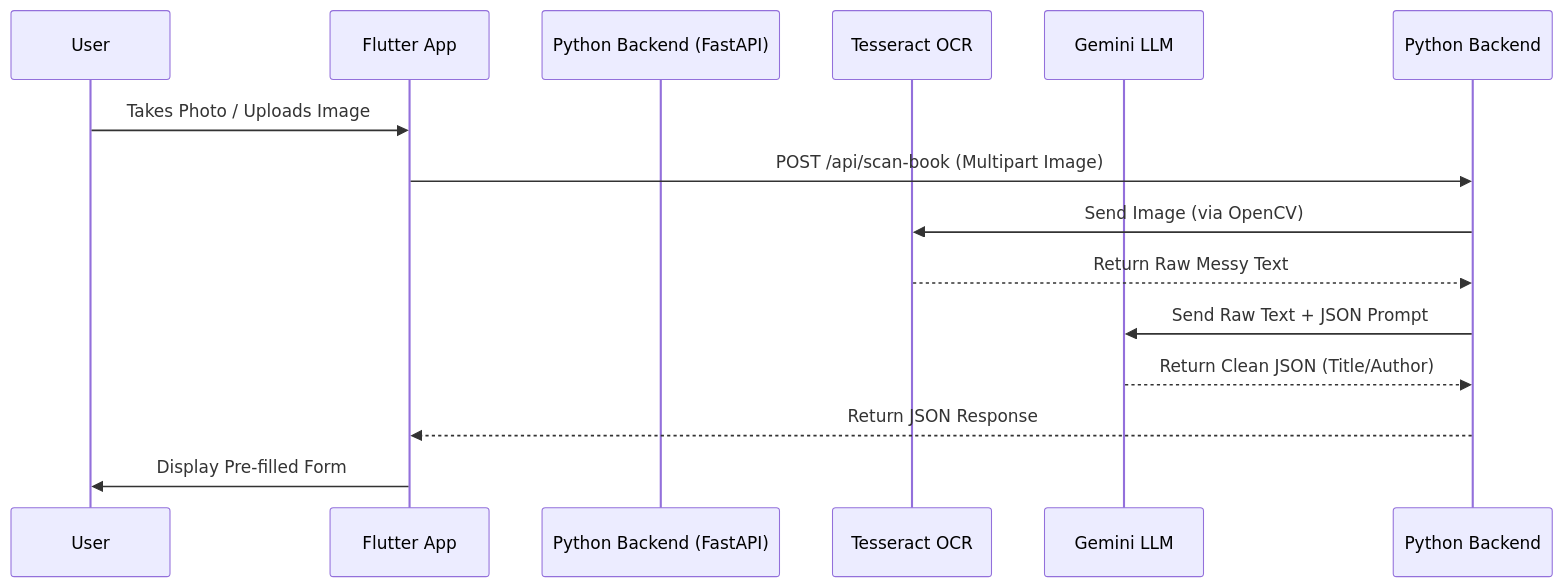
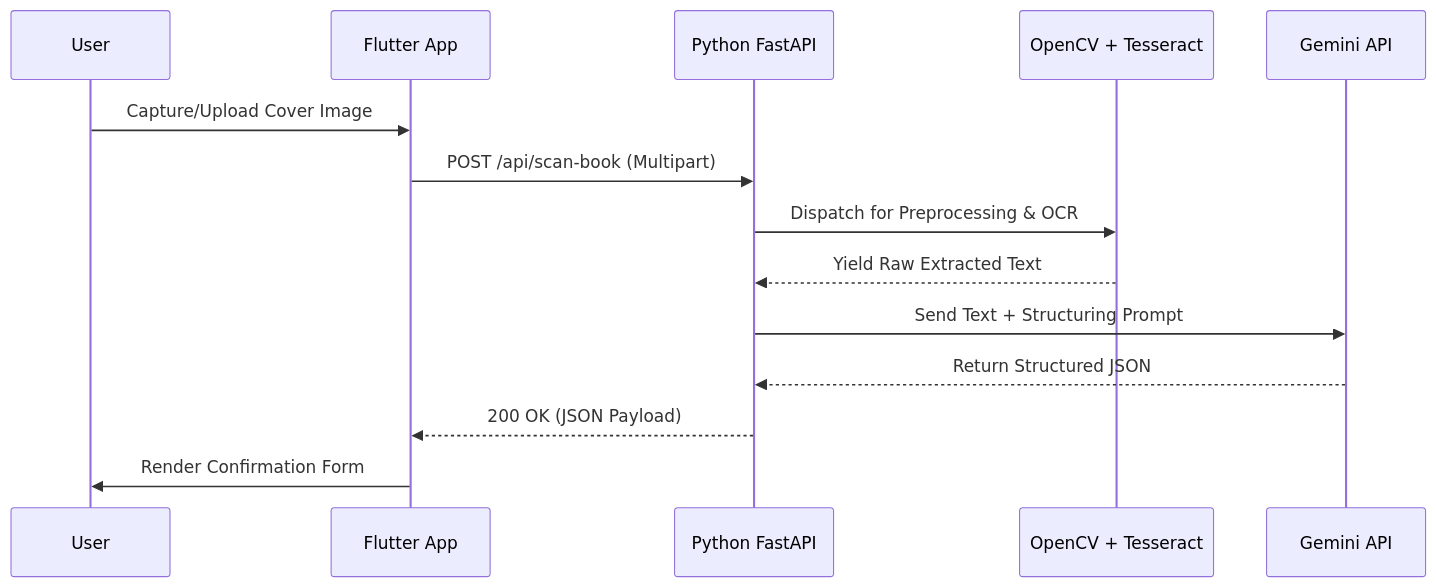
One commit to prasajanravishka/library_system- changed the diagram in doc/ocr_workflow.md. Above: the diagram before and after it, drawn with Mermaid. The commit also changed other lines of this file and 4 other files, not shown here.

````diff
--- a/doc/ocr_workflow.md
+++ b/doc/ocr_workflow.md
@@ -43,17 +41,17 @@
 ```mermaid
 sequenceDiagram
     participant User
-    participant Flutter App
-    participant Python Backend (FastAPI)
-    participant Tesseract OCR
-    participant Gemini LLM
+    participant App as Flutter App
+    participant API as Python FastAPI
+    participant CV as OpenCV + Tesseract
+    participant LLM as Gemini API
 
-    User->>Flutter App: Takes Photo / Uploads Image
-    Flutter App->>Python Backend: POST /api/scan-book (Multipart Image)
-    Python Backend->>Tesseract OCR: Send Image (via OpenCV)
-    Tesseract OCR-->>Python Backend: Return Raw Messy Text
-    Python Backend->>Gemini LLM: Send Raw Text + JSON Prompt
-    Gemini LLM-->>Python Backend: Return Clean JSON (Title/Author)
-    Python Backend-->>Flutter App: Return JSON Response
-    Flutter App->>User: Display Pre-filled Form
+    User->>App: Capture/Upload Cover Image
+    App->>API: POST /api/scan-book (Multipart)
+    API->>CV: Dispatch for Preprocessing & OCR
+    CV-->>API: Yield Raw Extracted Text
+    API->>LLM: Send Text + Structuring Prompt
+    LLM-->>API: Return Structured JSON
+    API-->>App: 200 OK (JSON Payload)
+    App->>User: Render Confirmation Form
 ```
````
